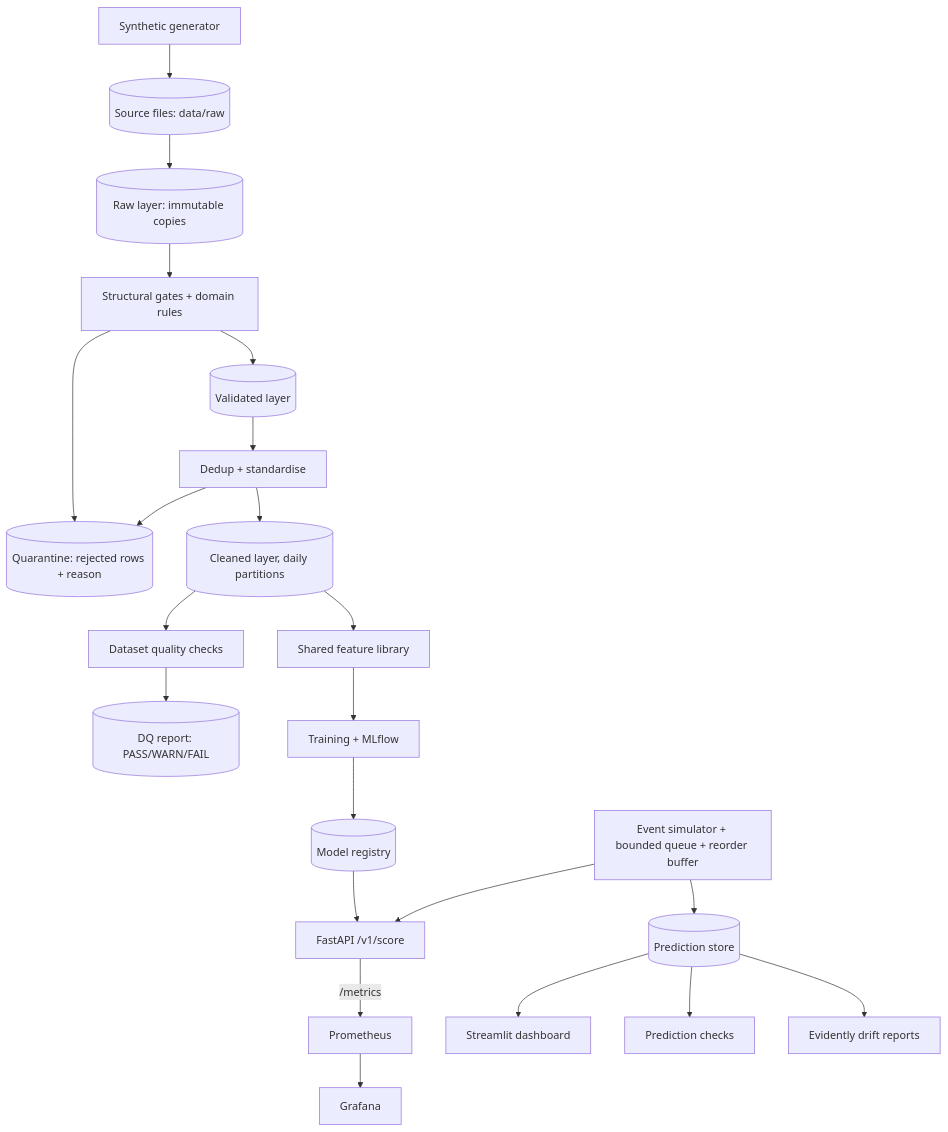
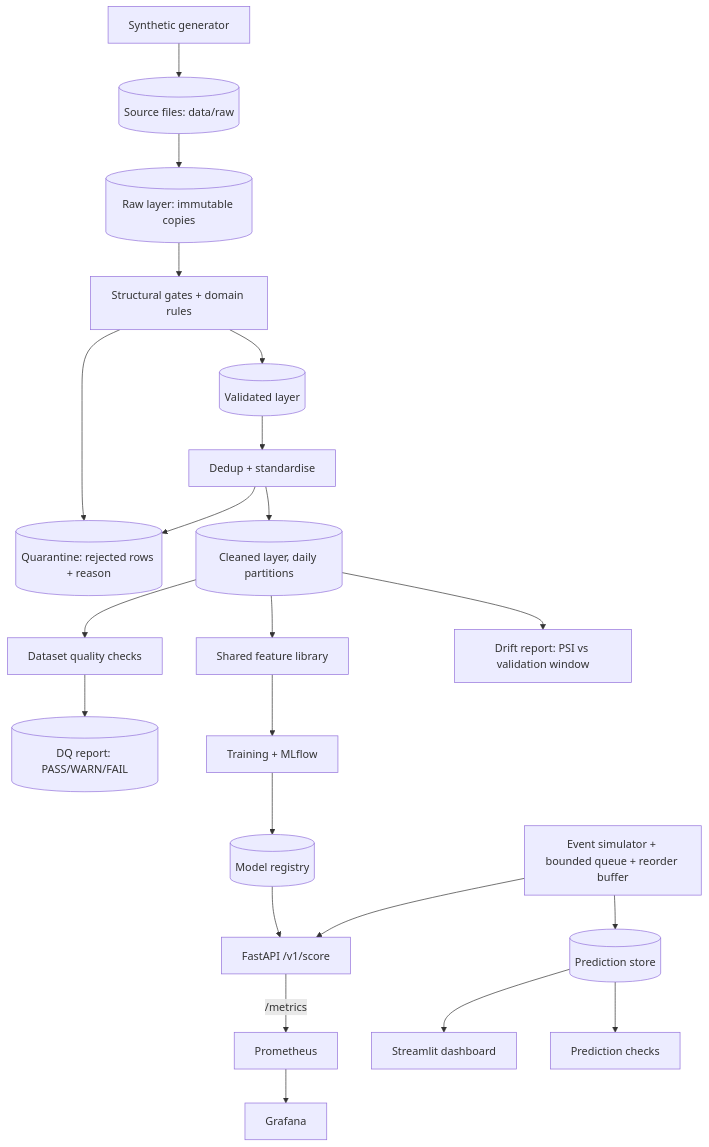
Before and after one commit to Chendy1/mobile-money-fraud-detection-platform: the diagram in docs/architecture.md, drawn with Mermaid. The commit also changed other lines of this file and 11 other files, not shown here.

````diff
--- a/docs/architecture.md
+++ b/docs/architecture.md
@@ -7,23 +7,23 @@
 ```mermaid
 flowchart TB
   G[Synthetic generator] --> L[(Source files: data/raw)]
   L --> RW[(Raw layer: immutable copies)]
   RW --> V[Structural gates + domain rules]
   V --> Q[(Quarantine: rejected rows + reason)]
   V --> VL[(Validated layer)]
   VL --> DD[Dedup + standardise]
   DD --> Q
   DD --> C[(Cleaned layer, daily partitions)]
   C --> DQ[Dataset quality checks]
   DQ --> RP[(DQ report: PASS/WARN/FAIL)]
   C --> F[Shared feature library]
   F --> T[Training + MLflow]
   T --> M[(Model registry)]
   M --> A[FastAPI /v1/score]
   S[Event simulator + bounded queue + reorder buffer] --> A
   S --> P[(Prediction store)]
   P --> D[Streamlit dashboard]
   P --> MC[Prediction checks]
   A -->|/metrics| PR[Prometheus] --> GR[Grafana]
-  P --> E[Evidently drift reports]
+  C --> DR[Drift report: PSI vs validation window]
 ```
````
